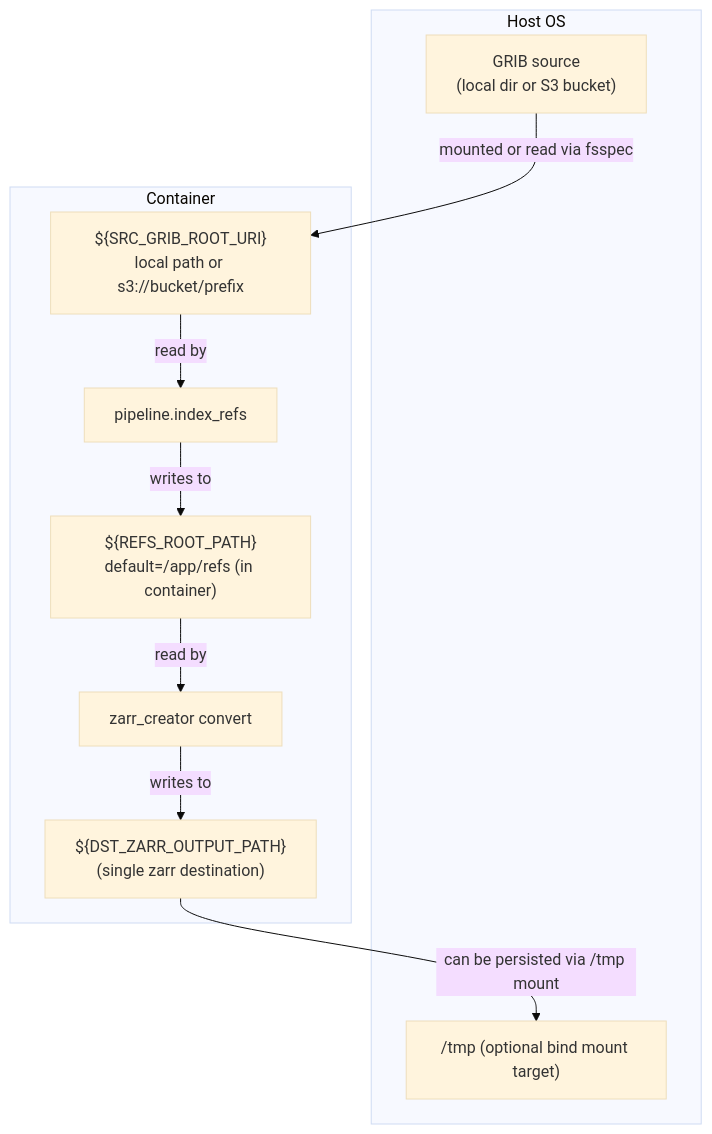
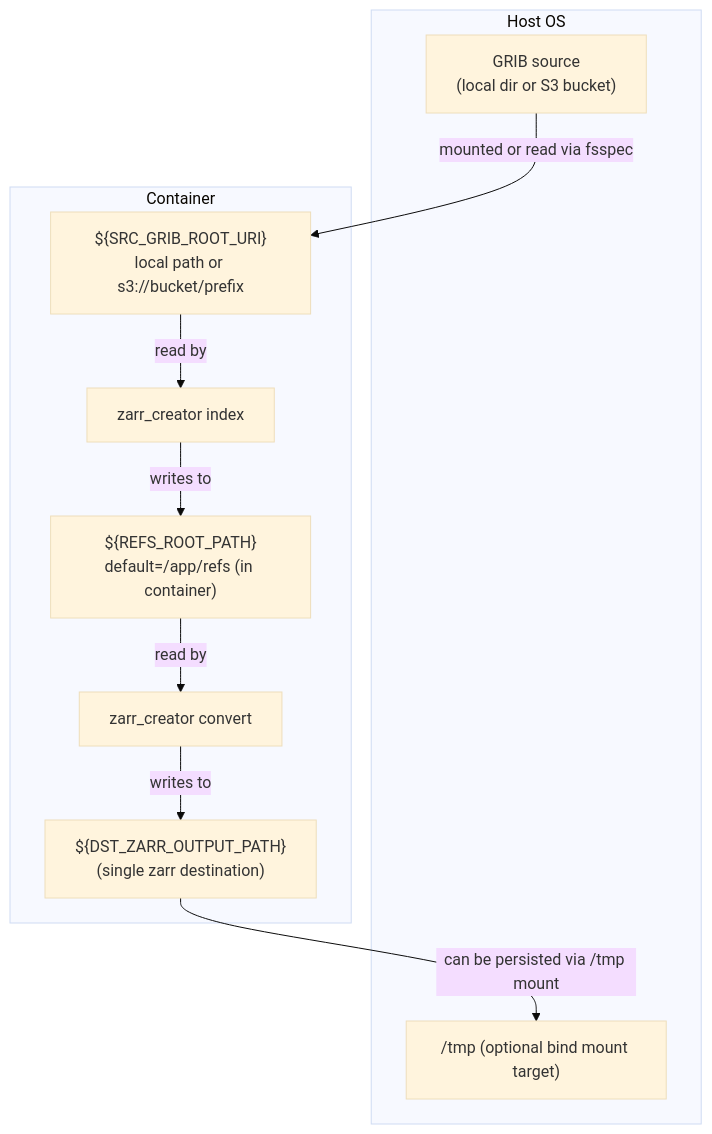
The first of 2 diagrams in README.md (dmidk/nwp-forecast-zarr-creator), drawn with Mermaid (base theme) before and after one commit. The commit also changed other lines of this file and 8 other files, not shown here.

````diff
--- a/README.md
+++ b/README.md
@@ -117,22 +117,22 @@
 ```mermaid
 flowchart TB
   subgraph H["Host OS"]
     H1["GRIB source<br/>(local dir or S3 bucket)"]
     H2["/tmp (optional bind mount target)"]
   end
 
   subgraph C["Container"]
     C1["${SRC_GRIB_ROOT_URI}<br/>local path or s3://bucket/prefix"]
-    C2["pipeline.index_refs"]
+    C2["zarr_creator index"]
     C3["${REFS_ROOT_PATH}<br/>default=/app/refs (in container)"]
     C4["zarr_creator convert"]
     C5["${DST_ZARR_OUTPUT_PATH}<br/>(single zarr destination)"]
   end
 
   H1 -->|mounted or read via fsspec| C1
   C1 -->|read by| C2
   C2 -->|writes to| C3
   C3 -->|read by| C4
   C4 -->|writes to| C5
   C5 -->|can be persisted via /tmp mount| H2
 ```
````
